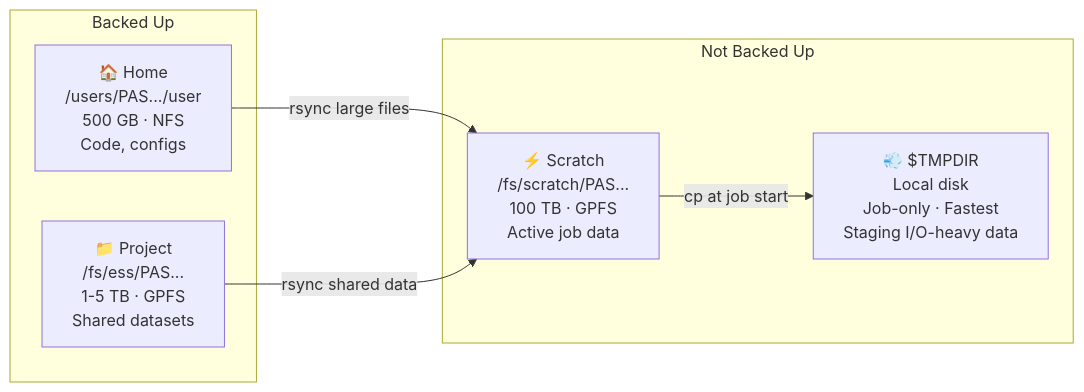
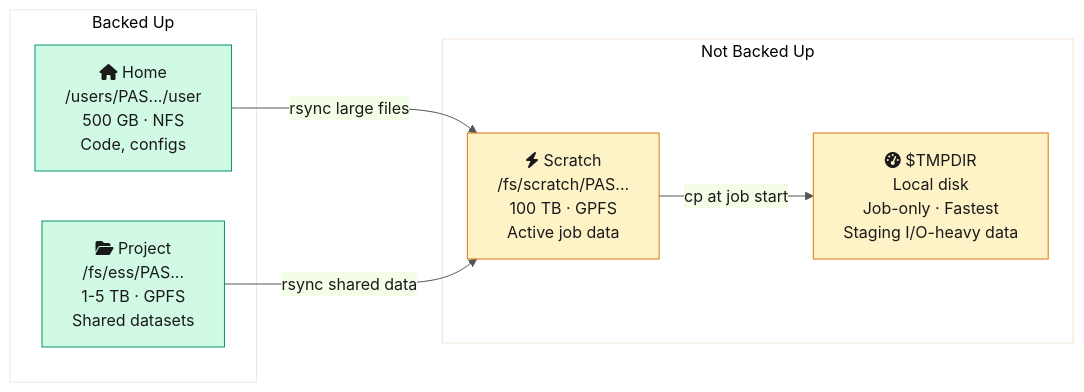
The third of 3 diagrams in docs/osc-basics/osc-clusters-overview.md (OSU-CAR-MSL/lab-setup-guide), drawn with Mermaid before and after one commit. The commit also changed other lines of this file and 13 other files, not shown here.

First line of the commit message:
Enhance all 22 Mermaid diagrams with semantic shapes, icons, and color coding

````diff
--- a/docs/osc-basics/osc-clusters-overview.md
+++ b/docs/osc-basics/osc-clusters-overview.md
@@ -160,15 +178,19 @@
 ```mermaid
+%%{init: {'theme': 'base', 'themeVariables': {'primaryColor': '#e8f4fd', 'primaryTextColor': '#1a1a1a', 'lineColor': '#555'}}}%%
 flowchart LR
     subgraph Backed Up
-        HOME["🏠 Home\n/users/PAS.../user\n500 GB · NFS\nCode, configs"]
-        PROJECT["📁 Project\n/fs/ess/PAS...\n1-5 TB · GPFS\nShared datasets"]
+        HOME["fa:fa-house Home\n/users/PAS.../user\n500 GB · NFS\nCode, configs"]:::backed
+        PROJECT["fa:fa-folder-open Project\n/fs/ess/PAS...\n1-5 TB · GPFS\nShared datasets"]:::backed
     end
     subgraph Not Backed Up
-        SCRATCH["⚡ Scratch\n/fs/scratch/PAS...\n100 TB · GPFS\nActive job data"]
-        TMPDIR["💨 $TMPDIR\nLocal disk\nJob-only · Fastest\nStaging I/O-heavy data"]
+        SCRATCH["fa:fa-bolt Scratch\n/fs/scratch/PAS...\n100 TB · GPFS\nActive job data"]:::notbacked
+        TMPDIR["fa:fa-gauge-high $TMPDIR\nLocal disk\nJob-only · Fastest\nStaging I/O-heavy data"]:::notbacked
     end
 
     HOME -->|"rsync large files"| SCRATCH
     SCRATCH -->|"cp at job start"| TMPDIR
     PROJECT -->|"rsync shared data"| SCRATCH
+
+    classDef backed fill:#d1fae5,stroke:#059669
+    classDef notbacked fill:#fef3c7,stroke:#d97706
 ```
````
